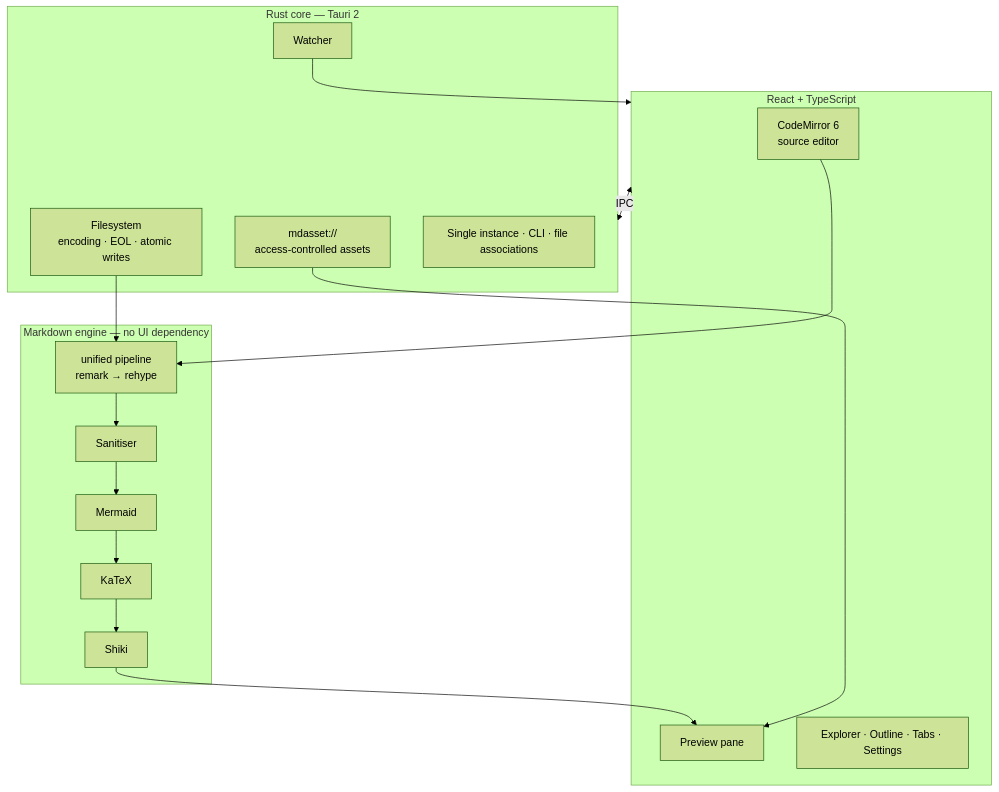
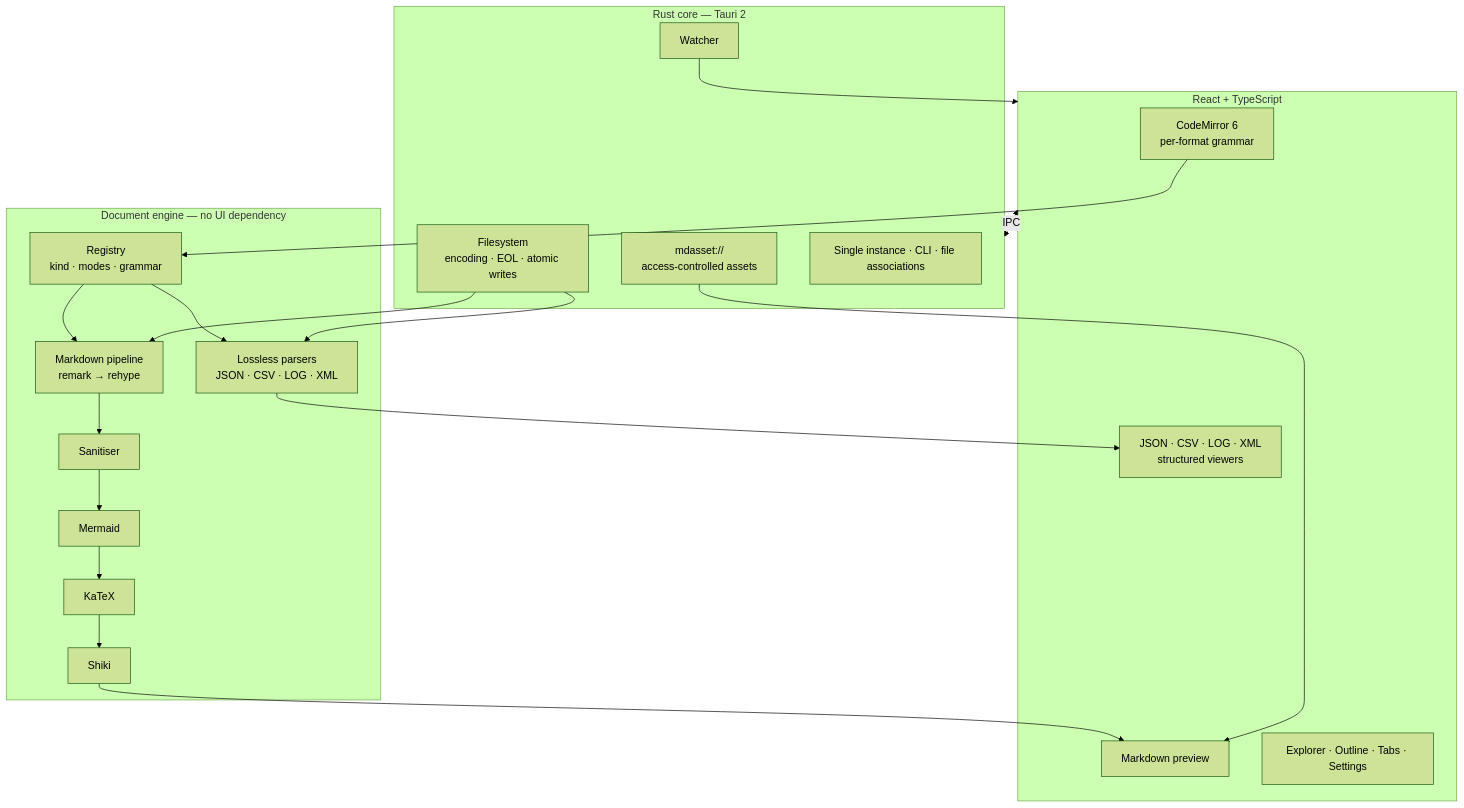
Before and after one commit to Ydjin1984/davinci-markdown-editor: the diagram in README.md, drawn with Mermaid (forest theme). The commit also changed other lines of this file and 4 other files, not shown here.

First line of the commit message:
Document the 0.3.0 render and format upgrade

````diff
--- a/README.md
+++ b/README.md
@@ -255,30 +304,36 @@
 ```mermaid
 flowchart TB
     subgraph UI["React + TypeScript"]
-        ED["CodeMirror 6<br/>source editor"]
-        PV["Preview pane"]
+        ED["CodeMirror 6<br/>per-format grammar"]
+        PV["Markdown preview"]
+        FV["JSON · CSV · LOG · XML<br/>structured viewers"]
         EX["Explorer · Outline · Tabs · Settings"]
     end
 
-    subgraph ENGINE["Markdown engine — no UI dependency"]
-        PIPE["unified pipeline<br/>remark → rehype"]
+    subgraph ENGINE["Document engine — no UI dependency"]
+        REG["Registry<br/>kind · modes · grammar"]
+        PIPE["Markdown pipeline<br/>remark → rehype"]
         SAN["Sanitiser"]
         MM["Mermaid"]
         KX["KaTeX"]
         SH["Shiki"]
+        PRS["Lossless parsers<br/>JSON · CSV · LOG · XML"]
     end
 
     subgraph CORE["Rust core — Tauri 2"]
         FS["Filesystem<br/>encoding · EOL · atomic writes"]
         WT["Watcher"]
         AS["mdasset://<br/>access-controlled assets"]
         OS["Single instance · CLI · file associations"]
     end
 
-    ED --> PIPE
+    ED --> REG
+    REG --> PIPE
     PIPE --> SAN --> MM --> KX --> SH --> PV
+    REG --> PRS --> FV
     UI <-->|IPC| CORE
     AS --> PV
     FS --> PIPE
+    FS --> PRS
     WT --> UI
 ```
````
